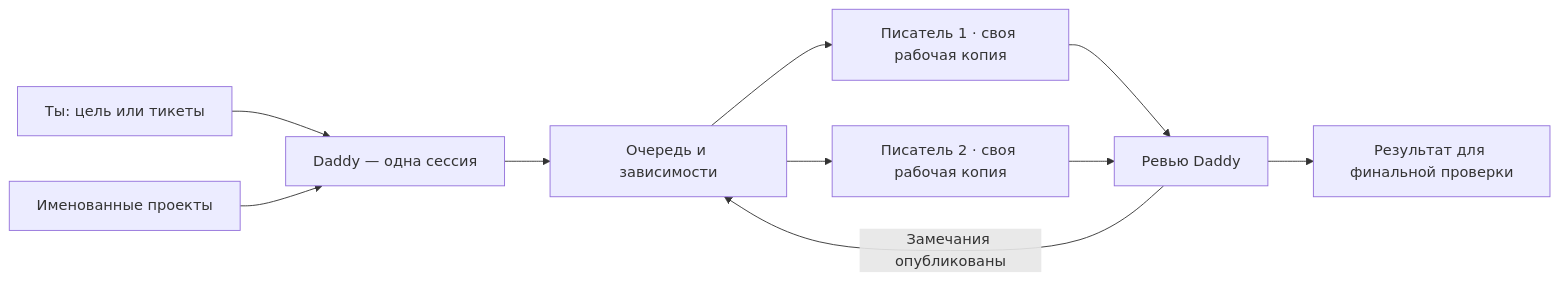
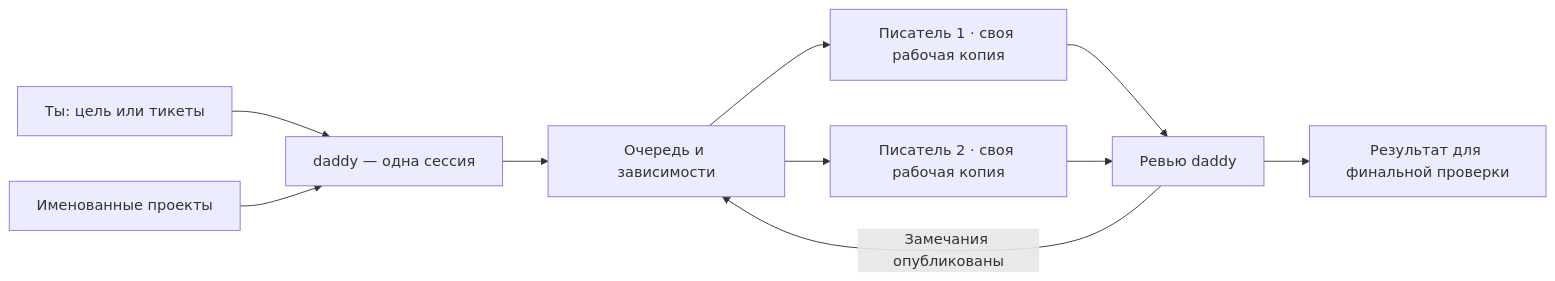
One commit to heesooyaam/daddyloop changed the diagram in README.md. Above: the diagram before and after it, drawn with Mermaid. The commit also changed other lines of this file and 67 other files, not shown here.

````diff
--- a/README.md
+++ b/README.md
@@ -25,12 +25,12 @@
 ```mermaid
 flowchart LR
-    U[Ты: цель или тикеты] --> D[Daddy — одна сессия]
+    U[Ты: цель или тикеты] --> D[daddy — одна сессия]
     P[Именованные проекты] --> D
     D --> Q[Очередь и зависимости]
     Q --> W1[Писатель 1 · своя рабочая копия]
     Q --> W2[Писатель 2 · своя рабочая копия]
-    W1 --> R[Ревью Daddy]
+    W1 --> R[Ревью daddy]
     W2 --> R
     R -->|Замечания опубликованы| Q
     R --> F[Результат для финальной проверки]
 ```
````
